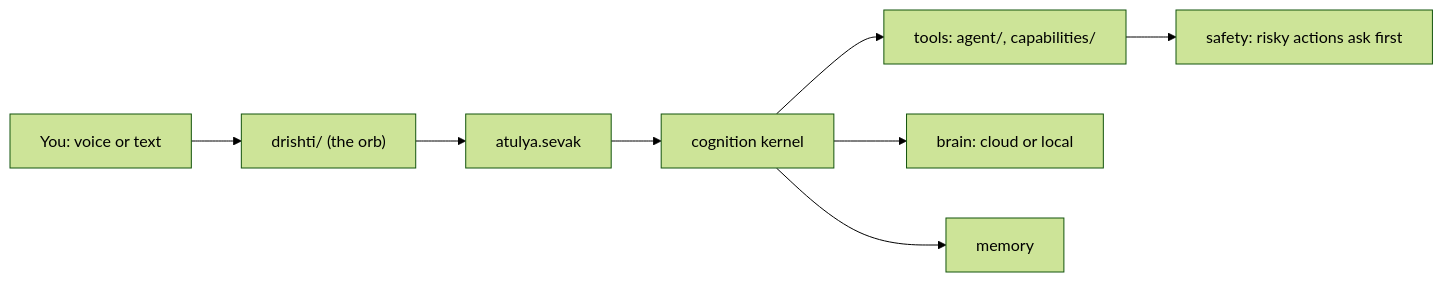
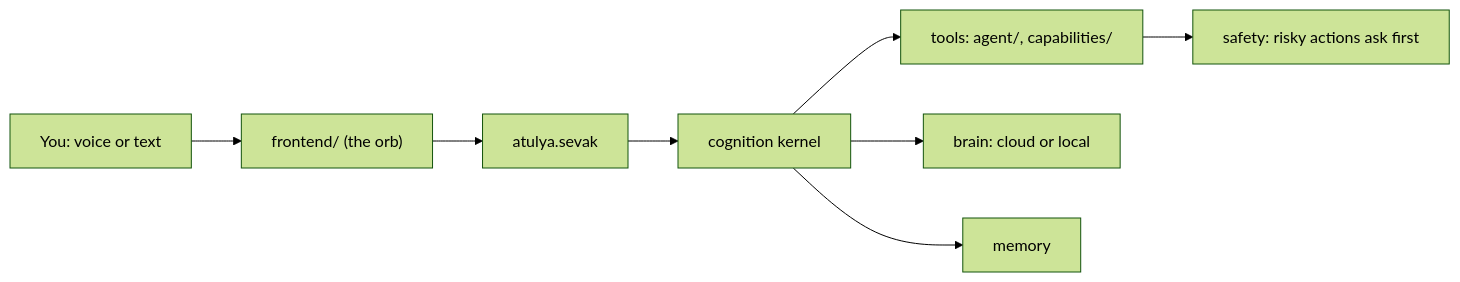
One commit to atulyaai/Atulya-Tantra changed the diagram in README.md. Above: the diagram before and after it, drawn with Mermaid (forest theme). The commit also changed other lines of this file and 103 other files, not shown here.

````diff
--- a/README.md
+++ b/README.md
@@ -231,10 +234,10 @@
 ```mermaid
 flowchart LR
-    You["You: voice or text"] --> Web["drishti/ (the orb)"]
+    You["You: voice or text"] --> Web["frontend/ (the orb)"]
     Web --> Server["atulya.sevak"]
     Server --> Kernel["cognition kernel"]
     Kernel --> Tools["tools: agent/, capabilities/"]
     Kernel --> Brain["brain: cloud or local"]
     Kernel --> Memory["memory"]
     Tools --> Safety["safety: risky actions ask first"]
 ```
````
